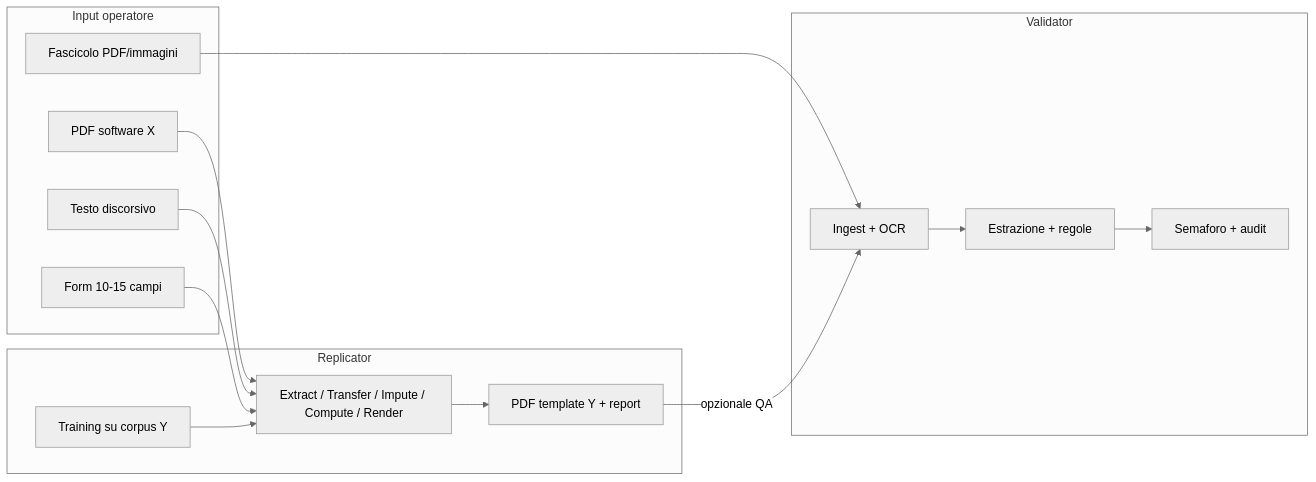
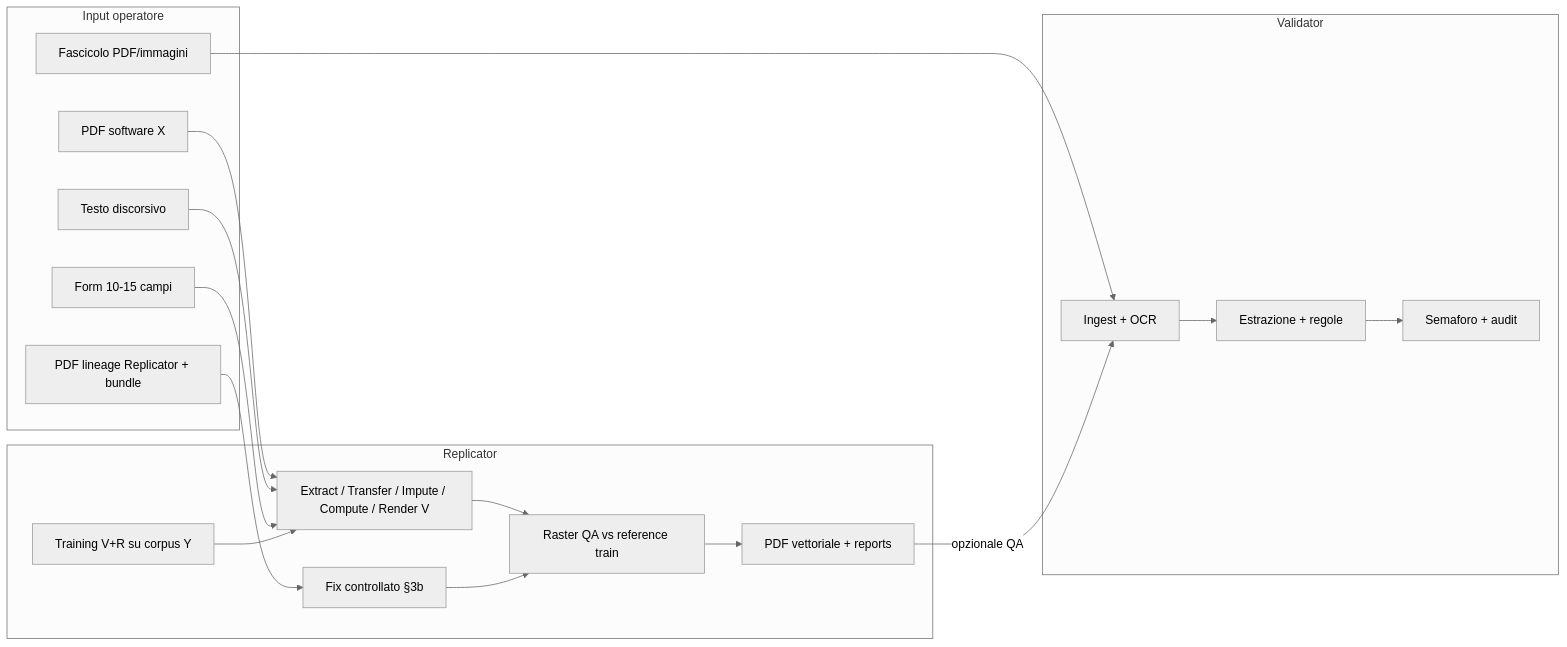
One commit to Avvo92/Corso-AI changed the diagram in docs/prodotto/ARCHITETTURA_PRODOTTO_DUE_APP.md. Above: the diagram before and after it, drawn with Mermaid (neutral theme). The commit also changed other lines of this file and 11 other files, not shown here.

````diff
--- a/docs/prodotto/ARCHITETTURA_PRODOTTO_DUE_APP.md
+++ b/docs/prodotto/ARCHITETTURA_PRODOTTO_DUE_APP.md
@@ -10,29 +10,34 @@
 ```mermaid
 flowchart LR
   subgraph inputs [Input operatore]
     Fascicolo[Fascicolo PDF/immagini]
     PDFx[PDF software X]
     Testo[Testo discorsivo]
     Partial[Form 10-15 campi]
+    PDFrep[PDF lineage Replicator + bundle]
   end
 
   subgraph validatorApp [Validator]
     VIngest[Ingest + OCR]
     VExtract[Estrazione + regole]
     VSemaforo[Semaforo + audit]
   end
 
   subgraph replicatorApp [Replicator]
-    Learn[Training su corpus Y]
-    Pipeline[Extract / Transfer / Impute / Compute / Render]
-    PDFout[PDF template Y + report]
+    Learn[Training V+R su corpus Y]
+    Pipeline[Extract / Transfer / Impute / Compute / Render V]
+    Fix[Fix controllato §3b]
+    RasterQA[Raster QA vs reference train]
+    PDFout[PDF vettoriale + reports]
   end
+  Pipeline --> RasterQA --> PDFout
+  Fix --> RasterQA
 
   Fascicolo --> VIngest --> VExtract --> VSemaforo
   PDFx --> Pipeline
   Testo --> Pipeline
   Partial --> Pipeline
+  PDFrep --> Fix
   Learn --> Pipeline
-  Pipeline --> PDFout
   PDFout -->|"opzionale QA"| VIngest
 ```
````
